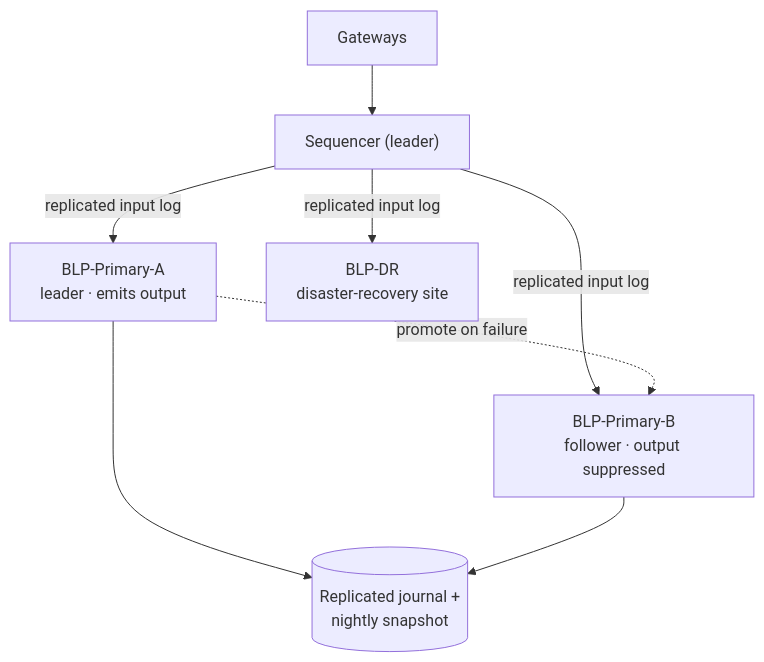
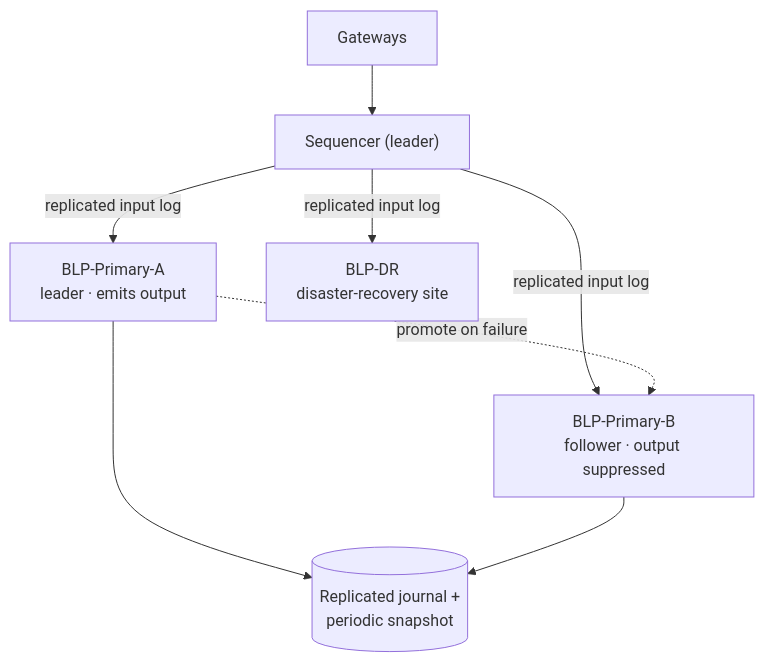
One commit to YU-CS-Summer-2026-Distributed-TraderX/traderX changed the seventh of 8 diagrams in LMAX-SEQUENCER-ARCHITECTURE.md. Above: the diagram before and after it, drawn with Mermaid. The commit also changed other lines of this file and 16 other files, not shown here.

````diff
--- a/LMAX-SEQUENCER-ARCHITECTURE.md
+++ b/LMAX-SEQUENCER-ARCHITECTURE.md
@@ -365,10 +378,10 @@
 ```mermaid
 flowchart TB
   GW["Gateways"] --> SEQ["Sequencer (leader)"]
   SEQ -->|"replicated input log"| L["BLP-Primary-A<br/>leader · emits output"]
   SEQ -->|"replicated input log"| F["BLP-Primary-B<br/>follower · output suppressed"]
   SEQ -->|"replicated input log"| DR["BLP-DR<br/>disaster-recovery site"]
   L -. "promote on failure" .-> F
-  L --> JNL[("Replicated journal +<br/>nightly snapshot")]
+  L --> JNL[("Replicated journal +<br/>periodic snapshot")]
   F --> JNL
 ```
````
